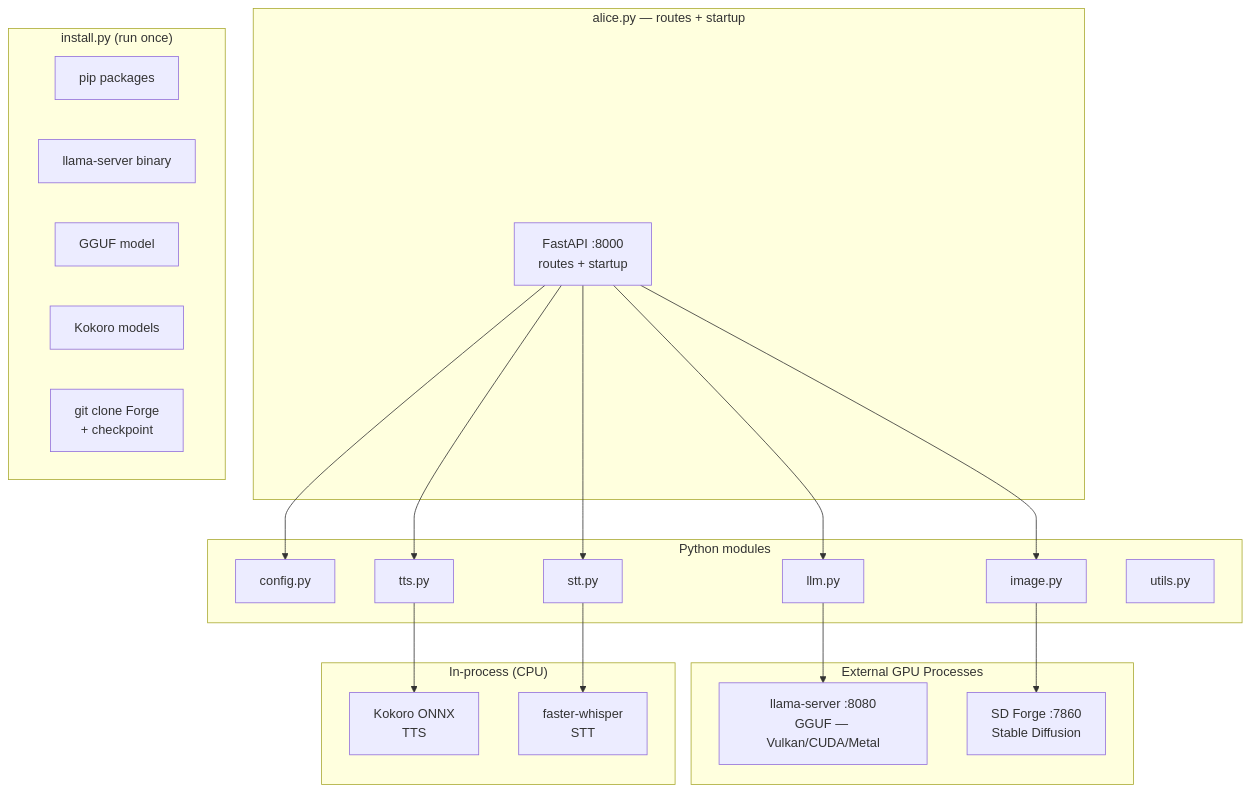
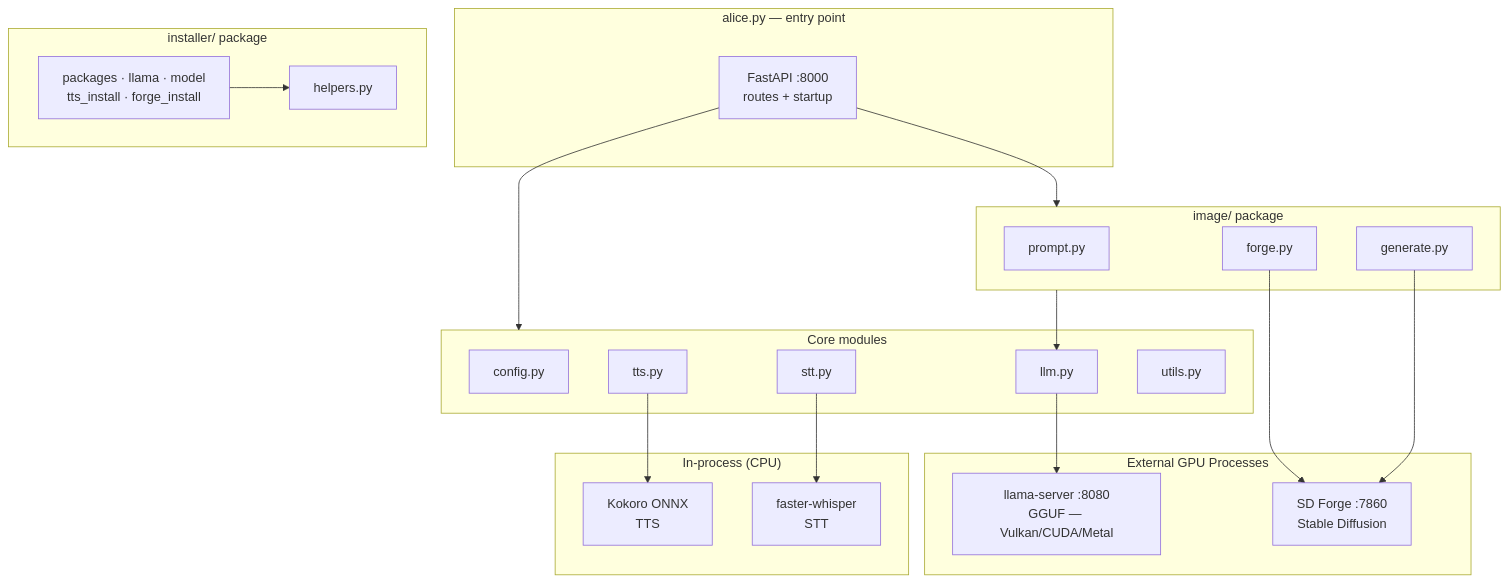
One commit to cschladetsch/PyLocalEnsemble changed the first of 3 diagrams in Roadmap.md. Above: the diagram before and after it, drawn with Mermaid. The commit also changed other lines of this file and 18 other files, not shown here.

````diff
--- a/Roadmap.md
+++ b/Roadmap.md
@@ -30,43 +31,45 @@
 ```mermaid
 graph TD
-    subgraph App ["alice.py — routes + startup"]
+    subgraph App ["alice.py — entry point"]
         Routes["FastAPI :8000\nroutes + startup"]
     end
 
-    subgraph Modules ["Python modules"]
+    subgraph Core ["Core modules"]
         Config["config.py"]
         LLM["llm.py"]
         TTS_M["tts.py"]
         STT_M["stt.py"]
-        Image_M["image.py"]
         Utils["utils.py"]
+    end
+
+    subgraph ImagePkg ["image/ package"]
+        Prompt["prompt.py"]
+        Forge_["forge.py"]
+        Generate["generate.py"]
+    end
+
+    subgraph InstallPkg ["installer/ package"]
+        Helpers["helpers.py"]
+        Steps["packages · llama · model\ntts_install · forge_install"]
     end
 
     subgraph GPU ["External GPU Processes"]
         LlamaServer["llama-server :8080\nGGUF — Vulkan/CUDA/Metal"]
         Forge["SD Forge :7860\nStable Diffusion"]
     end
 
     subgraph CPU ["In-process (CPU)"]
         Kokoro["Kokoro ONNX\nTTS"]
         Whisper["faster-whisper\nSTT"]
     end
 
-    subgraph Install ["install.py (run once)"]
-        Pip["pip packages"]
-        BinaryDl["llama-server binary"]
-        ModelDl["GGUF model"]
-        TTSDl["Kokoro models"]
-        ForgeSetup["git clone Forge\n+ checkpoint"]
-    end
-
-    Routes --> Config
-    Routes --> LLM
-    Routes --> TTS_M
-    Routes --> STT_M
-    Routes --> Image_M
+    Routes --> Core
+    Routes --> ImagePkg
+    ImagePkg --> LLM
     LLM --> LlamaServer
-    Image_M --> Forge
+    Forge_ --> Forge
+    Generate --> Forge
     TTS_M --> Kokoro
     STT_M --> Whisper
+    Steps --> Helpers
 ```
````
